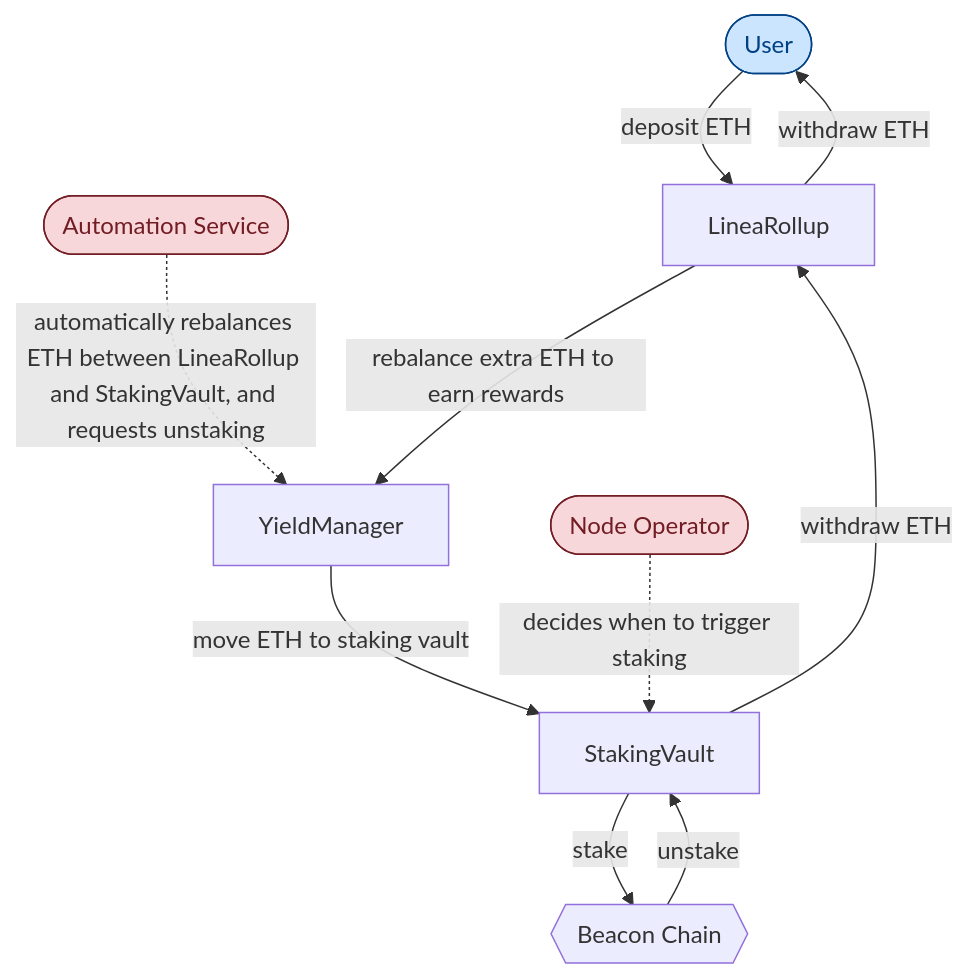
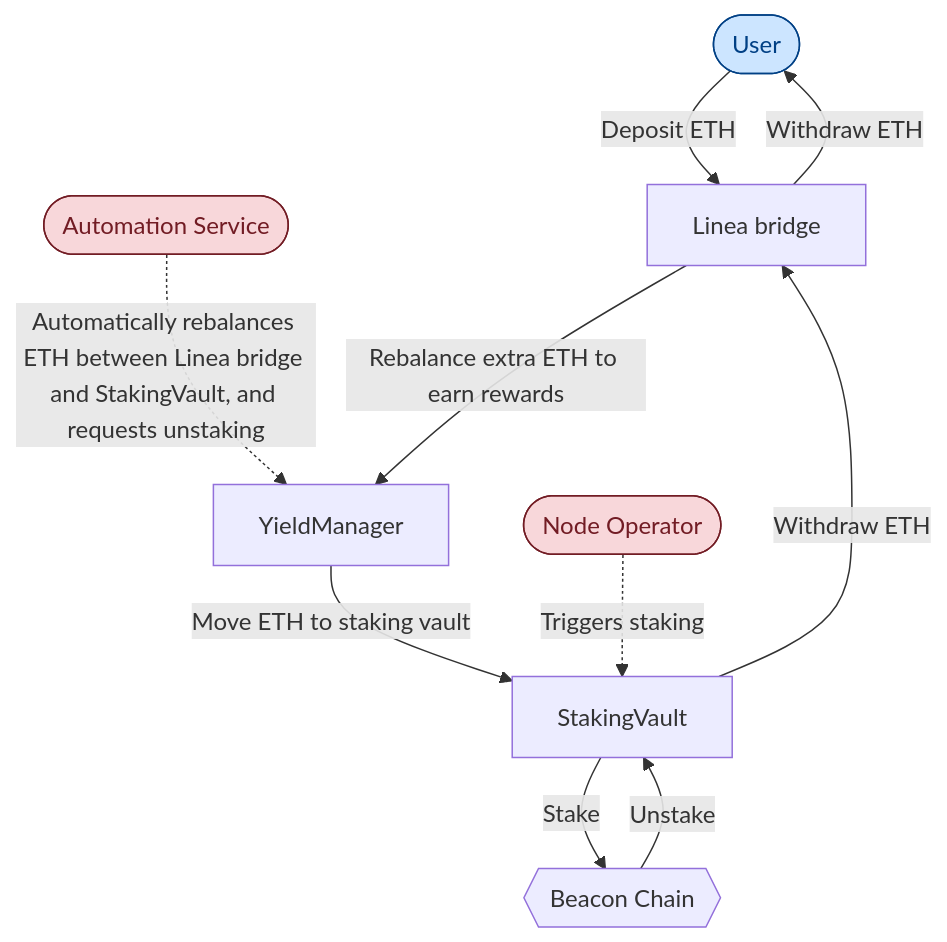
Before and after one commit to Consensys/doc.linea: the first of 8 diagrams in docs/protocol/yield-boost-architecture.mdx, drawn with Mermaid. The commit also changed other lines of this file and 1 other file, not shown here.

````diff
--- a/docs/protocol/yield-boost-architecture.mdx
+++ b/docs/protocol/yield-boost-architecture.mdx
@@ -48,26 +48,26 @@
 ```mermaid
 flowchart TD
     User([User])
     Auto([Automation Service])
     NO([Node Operator])
-    LR[LineaRollup]
+    BR[Linea bridge]
     YM[YieldManager]
     SV[StakingVault]
     BC{{Beacon Chain}}
 
-    User -->|deposit ETH| LR
-    LR -->|withdraw ETH| User
-    Auto -.->|automatically rebalances ETH between LineaRollup and StakingVault, and requests unstaking| YM
-    LR -->|rebalance extra ETH to earn rewards| YM
-    YM -->|move ETH to staking vault| SV
-    NO -.->|decides when to trigger staking| SV
-    SV -->|stake| BC
-    BC -->|unstake| SV
-    SV -->|withdraw ETH| LR
+    User -->|Deposit ETH| BR
+    BR -->|Withdraw ETH| User
+    Auto -.->|Automatically rebalances ETH between Linea bridge and StakingVault, and requests unstaking| YM
+    BR -->|Rebalance extra ETH to earn rewards| YM
+    YM -->|Move ETH to staking vault| SV
+    NO -.->|Triggers staking| SV
+    SV -->|Stake| BC
+    BC -->|Unstake| SV
+    SV -->|Withdraw ETH| BR
 
     classDef admin fill:#f8d7da,stroke:#721c24,stroke-width:1px,color:#721c24
     classDef permissionless fill:#cce5ff,stroke:#004085,stroke-width:1px,color:#004085
 
     class NO,Auto admin
     class User permissionless
 ```
````
